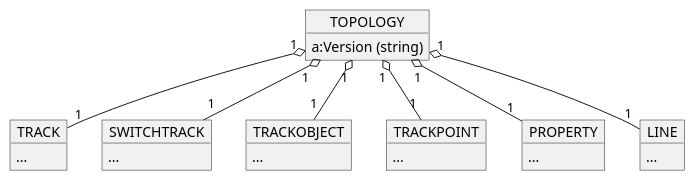
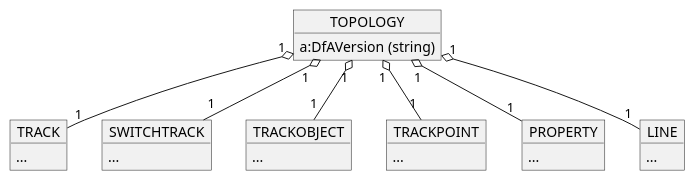
One commit to OpenRailAssociation/rcm-dx changed the seventh of 13 diagrams in images/rcm-dx-images.puml. Above: the diagram before and after it, drawn with PlantUML. The commit also changed 6 other files, not shown here.

```diff
--- a/images/rcm-dx-images.puml
+++ b/images/rcm-dx-images.puml
@@ -174,35 +174,35 @@
 @startuml rcmdx_topology_group
   object TOPOLOGY {
-    a:Version (string)
+    a:DfAVersion (string)
   }
 
   object TRACK {
     ...
   }
   TOPOLOGY "1" o-- "1" TRACK
 
   object SWITCHTRACK {
     ...
   }
   TOPOLOGY "1" o-- "1" SWITCHTRACK
 
   object TRACKOBJECT {
     ...
   }
   TOPOLOGY "1" o-- "1" TRACKOBJECT
 
   object TRACKPOINT {
     ...
   }
   TOPOLOGY "1" o-- "1" TRACKPOINT
 
   object PROPERTY {
     ...
   }
   TOPOLOGY "1" o-- "1" PROPERTY
 
   object LINE {
     ...
   }
   TOPOLOGY "1" o-- "1" LINE
 @enduml
```
